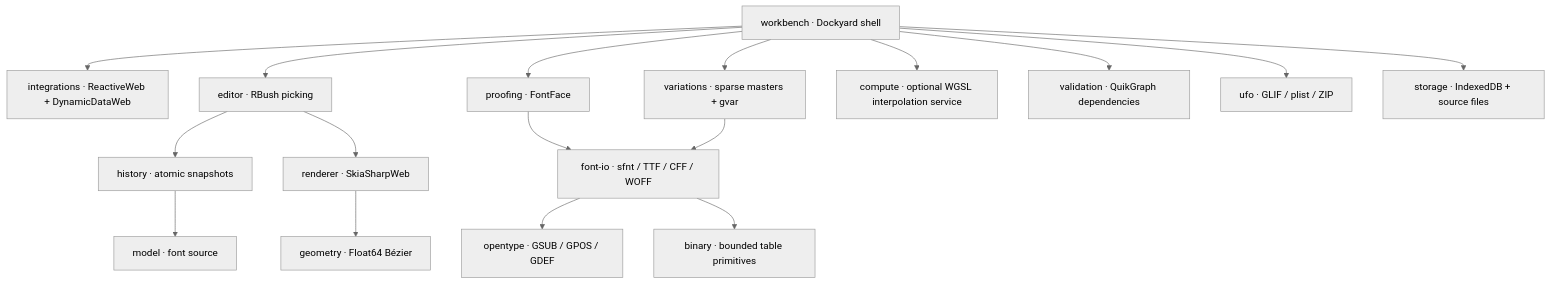
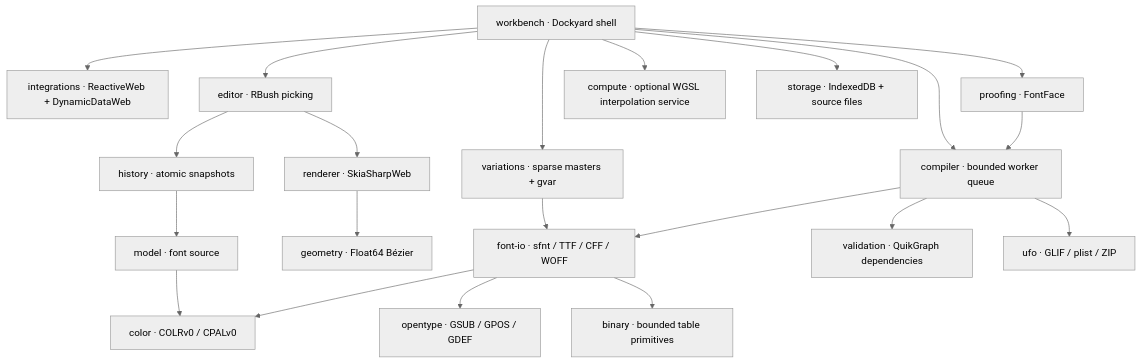
One commit to wieslawsoltes/CounterformStudio changed the diagram in docs/ARCHITECTURE.md. Above: the diagram before and after it, drawn with Mermaid (neutral theme). The commit also changed other lines of this file and 97 other files, not shown here.

````diff
--- a/docs/ARCHITECTURE.md
+++ b/docs/ARCHITECTURE.md
@@ -7,19 +7,23 @@
 ```mermaid
 flowchart TD
   Workbench[workbench · Dockyard shell] --> Integrations[integrations · ReactiveWeb + DynamicDataWeb]
   Workbench --> Editor[editor · RBush picking]
   Workbench --> Proof[proofing · FontFace]
   Editor --> History[history · atomic snapshots]
   History --> Model[model · font source]
   Editor --> Renderer[renderer · SkiaSharpWeb]
   Renderer --> Geometry[geometry · Float64 Bézier]
-  Proof --> IO[font-io · sfnt / TTF / CFF / WOFF]
+  Proof --> Compiler[compiler · bounded worker queue]
+  Workbench --> Compiler
+  Compiler --> IO[font-io · sfnt / TTF / CFF / WOFF]
+  IO --> Color[color · COLRv0 / CPALv0]
+  Model --> Color
   IO --> Layout[opentype · GSUB / GPOS / GDEF]
   IO --> Binary[binary · bounded table primitives]
   Workbench --> Variation[variations · sparse masters + gvar]
   Variation --> IO
   Workbench --> Compute[compute · optional WGSL interpolation service]
-  Workbench --> Validation[validation · QuikGraph dependencies]
-  Workbench --> UFO[ufo · GLIF / plist / ZIP]
+  Compiler --> Validation[validation · QuikGraph dependencies]
+  Compiler --> UFO[ufo · GLIF / plist / ZIP]
   Workbench --> Storage[storage · IndexedDB + source files]
 ```
````
